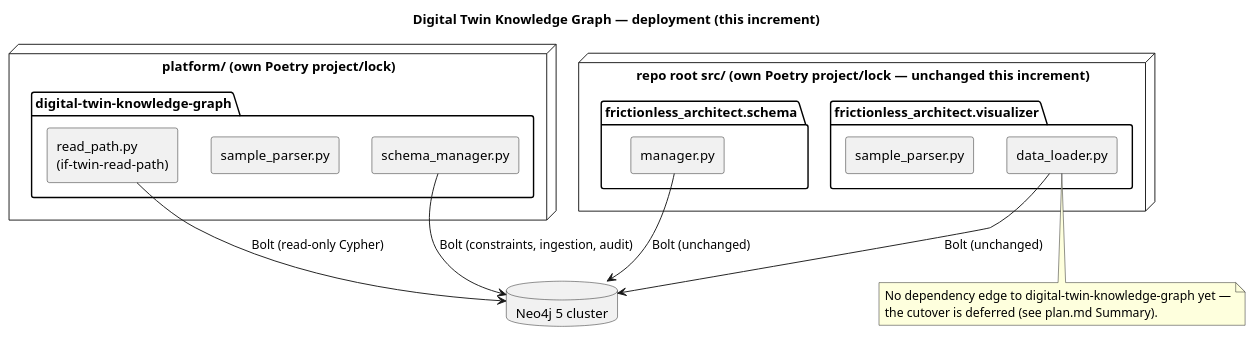
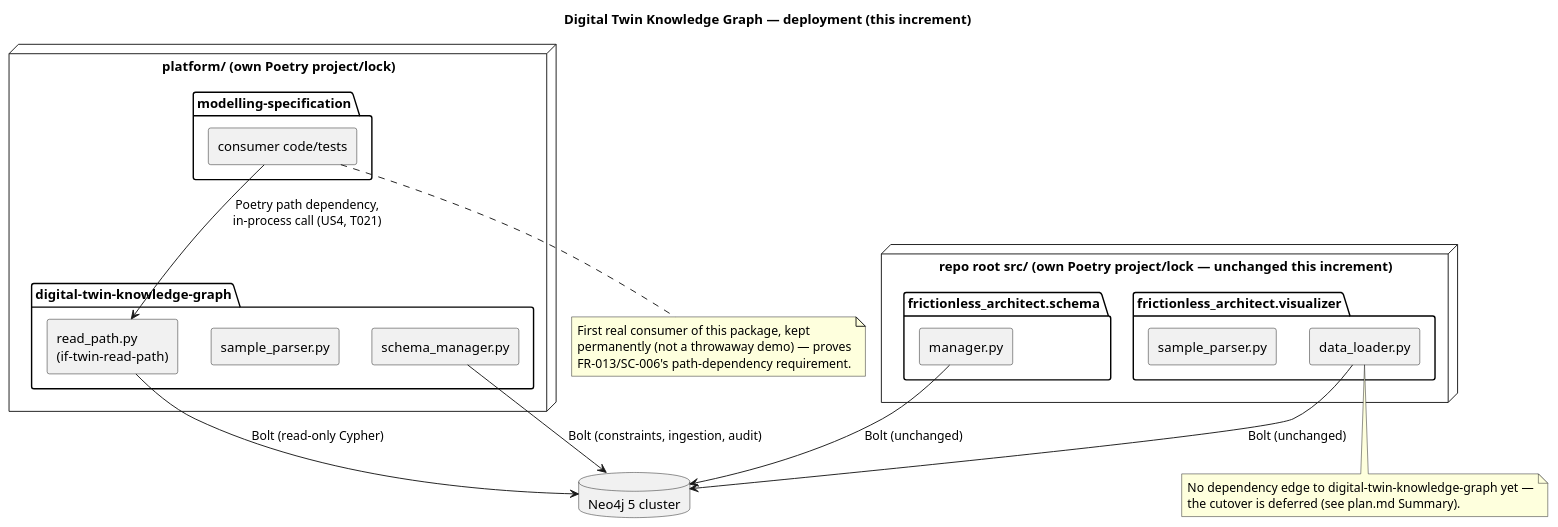
Before and after one commit to wolffy-au/frictionless-architect: the third of 3 diagrams in platform/packages/digital-twin-knowledge-graph/specs/001-knowledge-graph-read-path/plan.md, drawn with PlantUML. The commit also changed other lines of this file and 1 other file, not shown here.

Commit message:
feat(digital-twin-knowledge-graph): generate tasks.md, add consumer task
Generates the 31-task breakdown via /speckit-tasks for the read-path
spec, then amends plan.md's Structure Decision and deployment diagram
to document a new permanent consumer: modelling-specification depends
on digital-twin-knowledge-graph to demonstrate US4/FR-013/SC-006's
path-dependency requirement (tasks.md T021).

````diff
--- a/platform/packages/digital-twin-knowledge-graph/specs/001-knowledge-graph-read-path/plan.md
+++ b/platform/packages/digital-twin-knowledge-graph/specs/001-knowledge-graph-read-path/plan.md
@@ -174,37 +174,47 @@
 ```plantuml
 @startuml
 title Digital Twin Knowledge Graph — deployment (this increment)
 skinparam componentStyle rectangle
 
 node "platform/ (own Poetry project/lock)" {
   package "digital-twin-knowledge-graph" {
     [read_path.py\n(if-twin-read-path)] as read_path
     [sample_parser.py] as parser
     [schema_manager.py] as manager
   }
+  package "modelling-specification" {
+    [consumer code/tests] as mod_spec_consumer
+  }
 }
 
 database "Neo4j 5 cluster" as neo4j
 
 read_path --> neo4j : Bolt (read-only Cypher)
 manager --> neo4j : Bolt (constraints, ingestion, audit)
+mod_spec_consumer --> read_path : Poetry path dependency,\nin-process call (US4, T021)
+
+note bottom of mod_spec_consumer
+  First real consumer of this package, kept
+  permanently (not a throwaway demo) — proves
+  FR-013/SC-006's path-dependency requirement.
+end note
 
 node "repo root src/ (own Poetry project/lock — unchanged this increment)" {
   package "frictionless_architect.visualizer" {
     [data_loader.py] as flat_loader
     [sample_parser.py] as flat_parser
   }
   package "frictionless_architect.schema" {
     [manager.py] as flat_manager
   }
 }
 
 flat_loader --> neo4j : Bolt (unchanged)
 flat_manager --> neo4j : Bolt (unchanged)
 
 note bottom of flat_loader
   No dependency edge to digital-twin-knowledge-graph yet —
   the cutover is deferred (see plan.md Summary).
 end note
 @enduml
 ```
````
